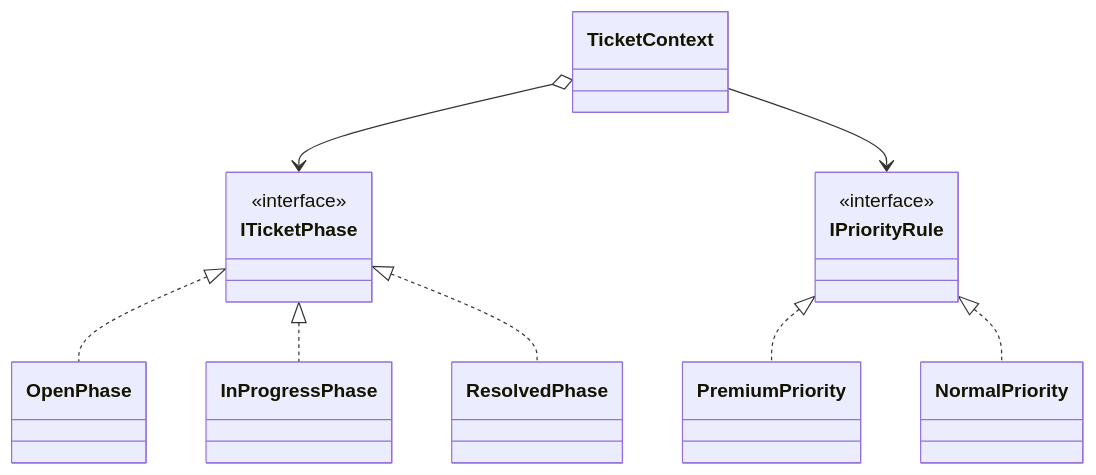
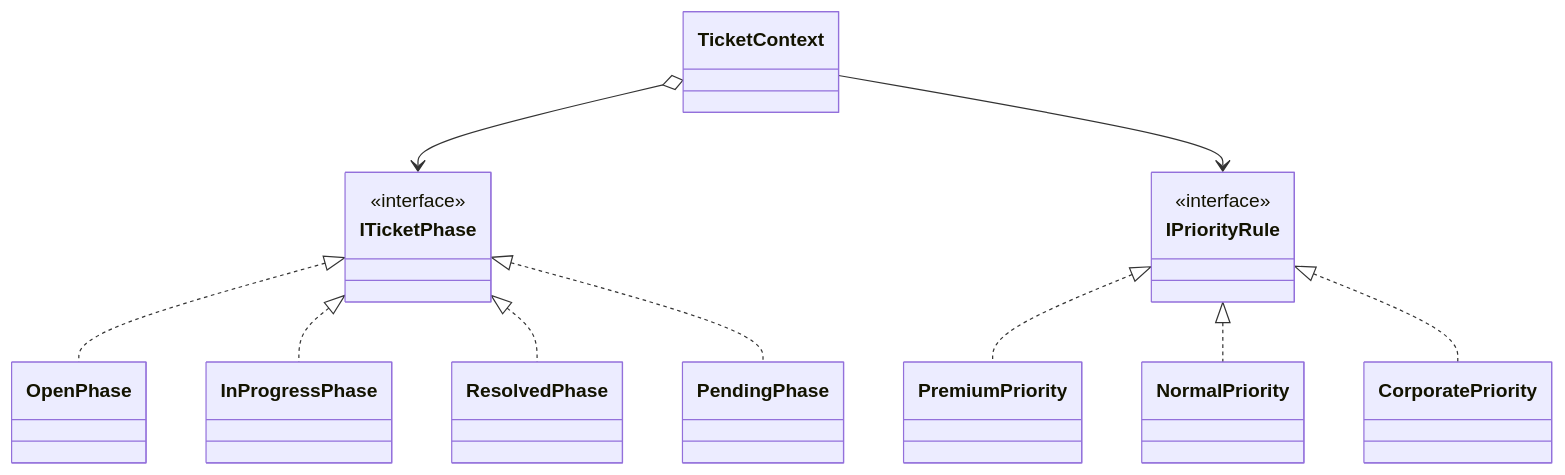
Diagram 11 of 16 in kindle/design-patterns/output/chapter09_2.md (kumachan1101-pixel/DesignPattern), drawn with Mermaid before and after one commit. The commit also changed other lines of this file and 12 other files, not shown here.

````diff
--- a/kindle/design-patterns/output/chapter09_2.md
+++ b/kindle/design-patterns/output/chapter09_2.md
@@ -1711,18 +1760,22 @@
 ```mermaid
 classDiagram
     class TicketContext
     class ITicketPhase { <<interface>> }
     class OpenPhase
     class InProgressPhase
     class ResolvedPhase
+    class PendingPhase
     class IPriorityRule { <<interface>> }
     class PremiumPriority
     class NormalPriority
+    class CorporatePriority
     TicketContext o--> ITicketPhase
     ITicketPhase <|.. OpenPhase
     ITicketPhase <|.. InProgressPhase
     ITicketPhase <|.. ResolvedPhase
+    ITicketPhase <|.. PendingPhase
     TicketContext --> IPriorityRule
     IPriorityRule <|.. PremiumPriority
     IPriorityRule <|.. NormalPriority
+    IPriorityRule <|.. CorporatePriority
 ```
````
